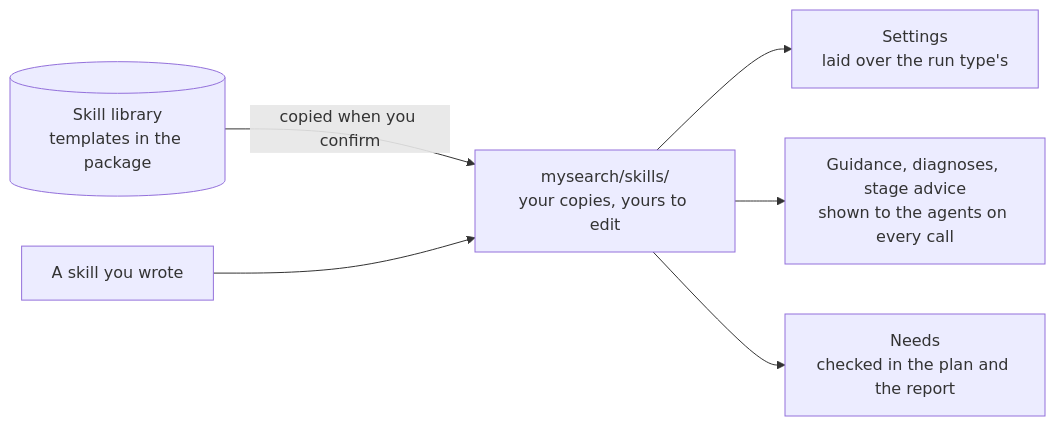
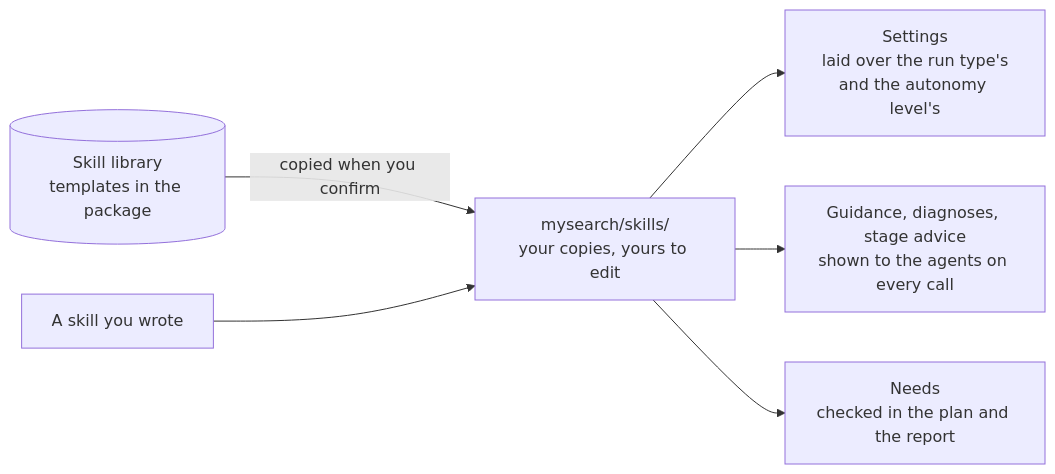
Before and after one commit to cameo-db/evoloop: the diagram in docs/skills.md, drawn with Mermaid. The commit also changed other lines of this file and 43 other files, not shown here.

````diff
--- a/docs/skills.md
+++ b/docs/skills.md
@@ -19,8 +19,8 @@
 ```mermaid
 flowchart LR
     Lib[("Skill library<br>templates in the package")] -- "copied when you confirm" --> Own["mysearch/skills/<br>your copies, yours to edit"]
     Yours["A skill you wrote"] --> Own
-    Own --> Settings["Settings<br>laid over the run type's"]
+    Own --> Settings["Settings<br>laid over the run type's<br>and the autonomy level's"]
     Own --> Guidance["Guidance, diagnoses, stage advice<br>shown to the agents on every call"]
     Own --> Needs["Needs<br>checked in the plan and the report"]
 ```
````
